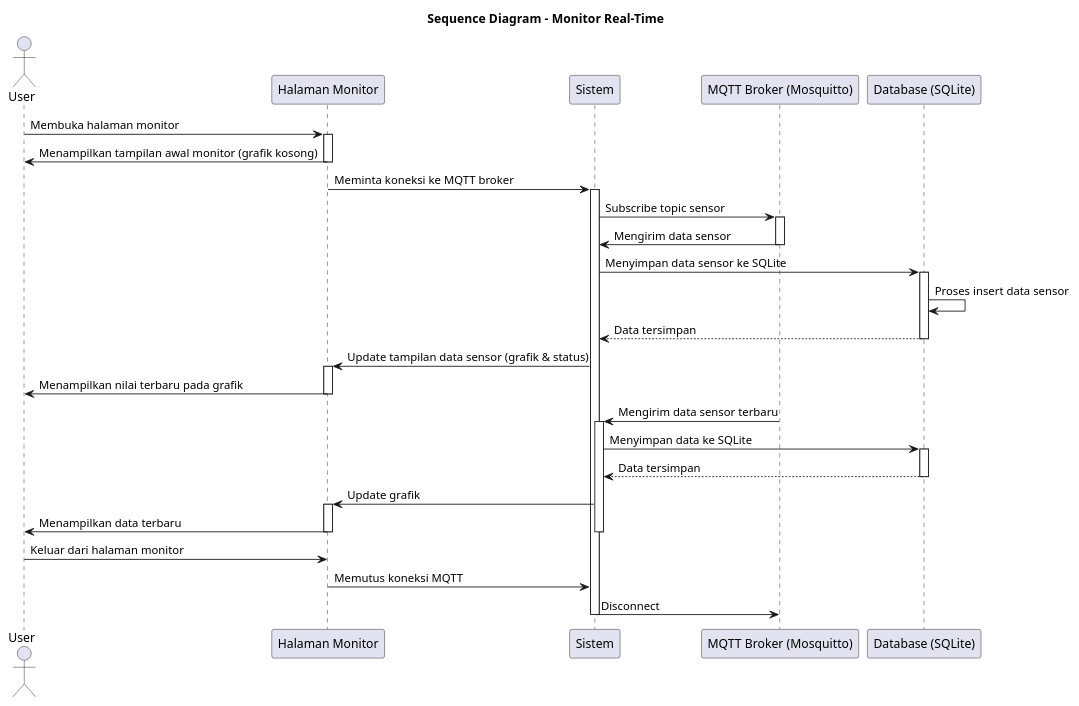
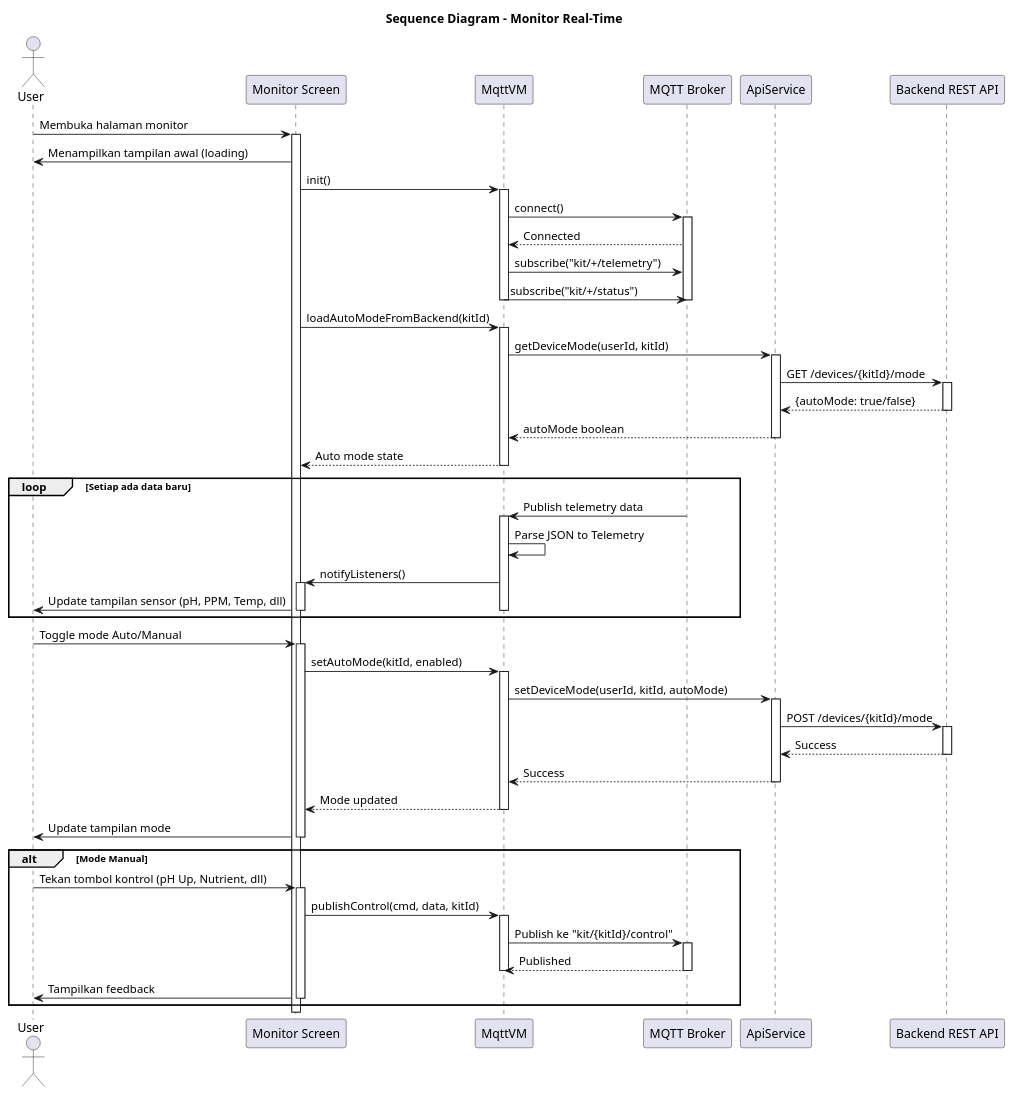
Before and after one commit to DarmawanWisnu/flutter-cea-system: the diagram in docs/diagrams/sequence/sequence_monitor.puml, drawn with PlantUML. The commit also changed 29 other files, not shown here.

```diff
--- a/docs/diagrams/sequence/sequence_monitor.puml
+++ b/docs/diagrams/sequence/sequence_monitor.puml
@@ -1,57 +1,86 @@
 @startuml
 title Sequence Diagram - Monitor Real-Time
 
 actor "User" as User
-participant "Halaman Monitor" as Form
-participant "Sistem" as System
-participant "MQTT Broker (Mosquitto)" as MQTT
-participant "Database (SQLite)" as DB
+participant "Monitor Screen" as Form
+participant "MqttVM" as MQTT
+participant "MQTT Broker" as Broker
+participant "ApiService" as API
+participant "Backend REST API" as Backend
 
 ' === Awal ===
 User -> Form : Membuka halaman monitor
 activate Form
-Form -> User : Menampilkan tampilan awal monitor (grafik kosong)
+Form -> User : Menampilkan tampilan awal (loading)
+
+' === Inisialisasi MQTT ===
+Form -> MQTT : init()
+activate MQTT
+MQTT -> Broker : connect()
+activate Broker
+Broker --> MQTT : Connected
+MQTT -> Broker : subscribe("kit/+/telemetry")
+MQTT -> Broker : subscribe("kit/+/status")
+deactivate Broker
+deactivate MQTT
+
+' === Load auto mode state ===
+Form -> MQTT : loadAutoModeFromBackend(kitId)
+activate MQTT
+MQTT -> API : getDeviceMode(userId, kitId)
+activate API
+API -> Backend : GET /devices/{kitId}/mode
+activate Backend
+Backend --> API : {autoMode: true/false}
+deactivate Backend
+API --> MQTT : autoMode boolean
+deactivate API
+MQTT --> Form : Auto mode state
+deactivate MQTT
+
+' === Real-time telemetry stream ===
+loop Setiap ada data baru
+  Broker -> MQTT : Publish telemetry data
+  activate MQTT
+  MQTT -> MQTT : Parse JSON to Telemetry
+  MQTT -> Form : notifyListeners()
+  activate Form
+  Form -> User : Update tampilan sensor (pH, PPM, Temp, dll)
+  deactivate Form
+  deactivate MQTT
+end
+
+' === User toggle auto/manual mode ===
+User -> Form : Toggle mode Auto/Manual
+activate Form
+Form -> MQTT : setAutoMode(kitId, enabled)
+activate MQTT
+MQTT -> API : setDeviceMode(userId, kitId, autoMode)
+activate API
+API -> Backend : POST /devices/{kitId}/mode
+activate Backend
+Backend --> API : Success
+deactivate Backend
+API --> MQTT : Success
+deactivate API
+MQTT --> Form : Mode updated
+deactivate MQTT
+Form -> User : Update tampilan mode
 deactivate Form
 
-' === Inisialisasi koneksi ===
-Form -> System : Meminta koneksi ke MQTT broker
-activate System
-
-System -> MQTT : Subscribe topic sensor
-activate MQTT
-MQTT -> System : Mengirim data sensor
-deactivate MQTT
-
-' === Proses penerimaan data ===
-System -> DB : Menyimpan data sensor ke SQLite
-activate DB
-DB -> DB : Proses insert data sensor
-DB --> System : Data tersimpan
-deactivate DB
-
-System -> Form : Update tampilan data sensor (grafik & status)
-activate Form
-Form -> User : Menampilkan nilai terbaru pada grafik
-deactivate Form
-
-' === Iterasi otomatis (tanpa loop block) ===
-MQTT -> System : Mengirim data sensor terbaru
-activate System
-System -> DB : Menyimpan data ke SQLite
-activate DB
-DB --> System : Data tersimpan
-deactivate DB
-System -> Form : Update grafik
-activate Form
-Form -> User : Menampilkan data terbaru
-deactivate Form
-deactivate System
-
-' === Akhiran ===
-User -> Form : Keluar dari halaman monitor
-Form -> System : Memutus koneksi MQTT
-System -> MQTT : Disconnect
-deactivate Form
-deactivate System
+' === User kontrol manual ===
+alt Mode Manual
+  User -> Form : Tekan tombol kontrol (pH Up, Nutrient, dll)
+  activate Form
+  Form -> MQTT : publishControl(cmd, data, kitId)
+  activate MQTT
+  MQTT -> Broker : Publish ke "kit/{kitId}/control"
+  activate Broker
+  Broker --> MQTT : Published
+  deactivate Broker
+  deactivate MQTT
+  Form -> User : Tampilkan feedback
+  deactivate Form
+end
 
 @enduml
```
